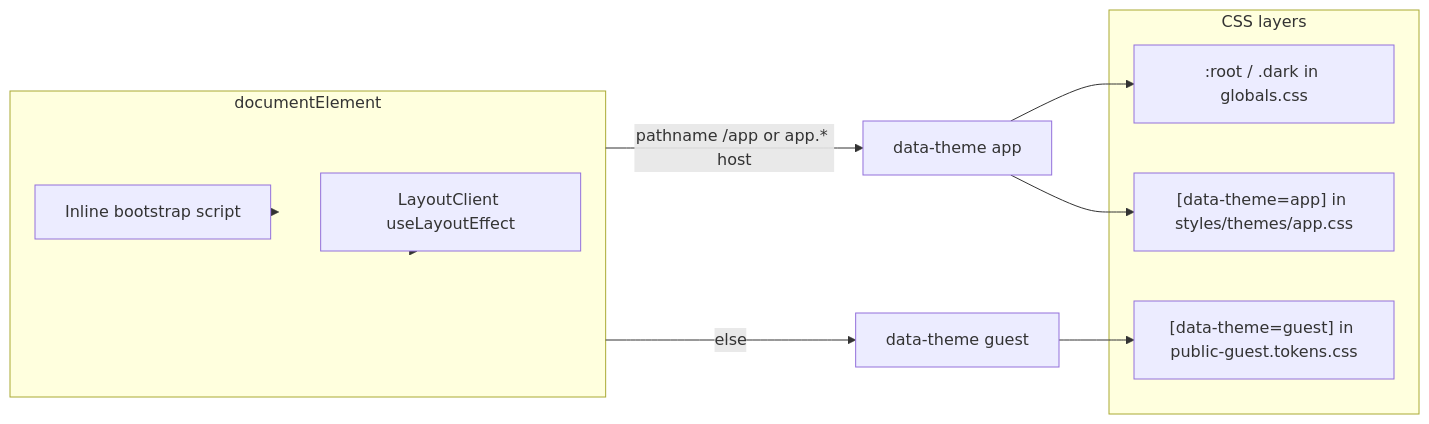
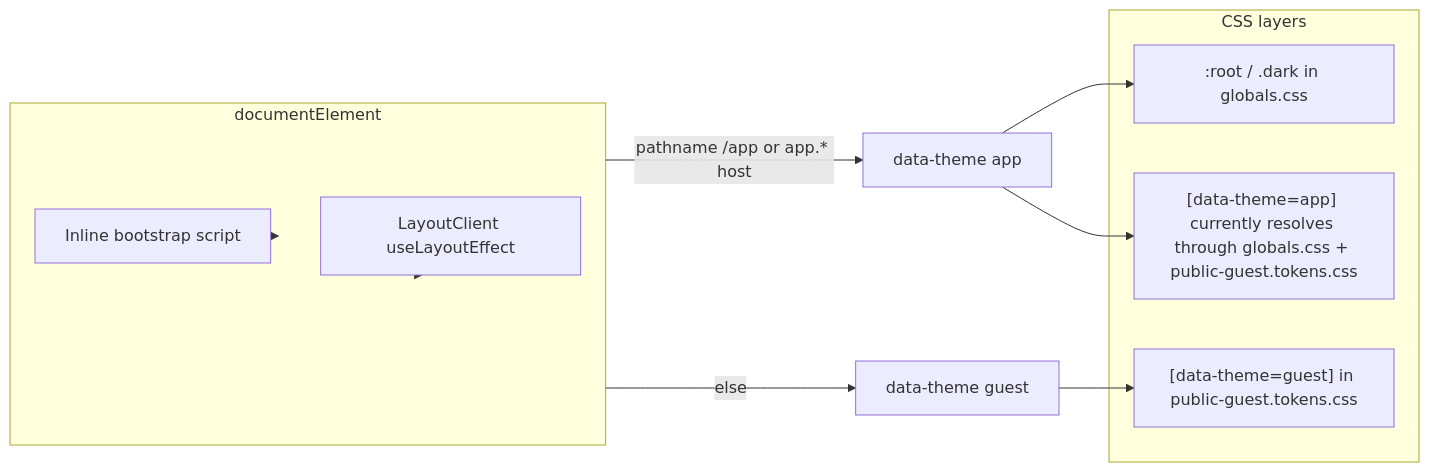
Before and after one commit to lapeninns/naba-table: the diagram in .cursor/plans/unify_guest_luma_ds_cd5b2926.plan.md, drawn with Mermaid. The commit also changed other lines of this file and 155 other files, not shown here.

````diff
--- a/.cursor/plans/unify_guest_luma_ds_cd5b2926.plan.md
+++ b/.cursor/plans/unify_guest_luma_ds_cd5b2926.plan.md
@@ -31,19 +31,19 @@
 ```mermaid
 flowchart LR
   subgraph html [documentElement]
     bootstrap[Inline bootstrap script]
     client[LayoutClient useLayoutEffect]
   end
   subgraph themes [CSS layers]
     root[":root / .dark in globals.css"]
     guest["[data-theme=guest] in public-guest.tokens.css"]
-    appDensity["[data-theme=app] in styles/themes/app.css"]
+    appDensity["[data-theme=app] currently resolves through globals.css + public-guest.tokens.css"]
   end
   bootstrap --> html
   client --> html
   html -->|"pathname /app or app.* host"| appTheme[data-theme app]
   html -->|"else"| guestTheme[data-theme guest]
   appTheme --> root
   appTheme --> appDensity
   guestTheme --> guest
 ```
````
